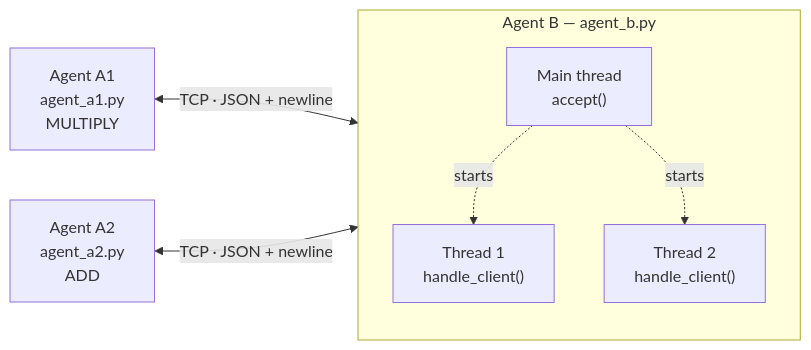
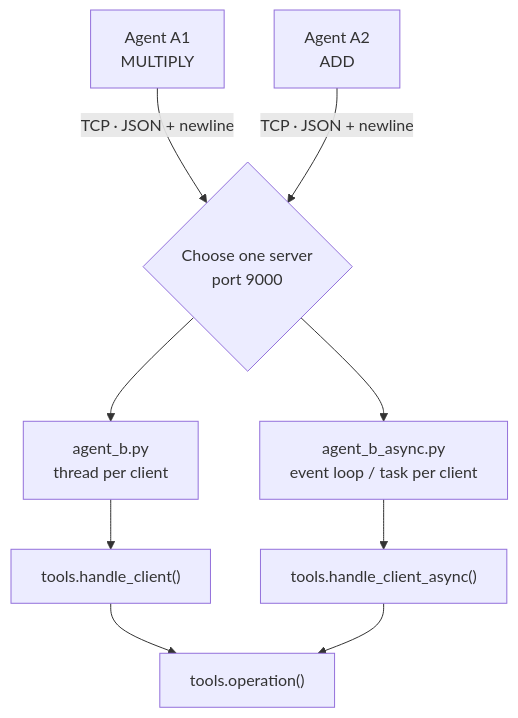
The diagram in agentic-framework-v3/README.md (mehrdadmaleki-labs/agentic-framework-from-first-principles), drawn with Mermaid before and after one commit. The commit also changed other lines of this file and 3 other files, not shown here.

````diff
--- a/agentic-framework-v3/README.md
+++ b/agentic-framework-v3/README.md
@@ -7,10 +7,14 @@
 ```mermaid
-flowchart LR
-    A1["Agent A1<br/>agent_a1.py<br/>MULTIPLY"] <-->|"TCP · JSON + newline"| T1["Thread 1<br/>handle_client()"]
-    A2["Agent A2<br/>agent_a2.py<br/>ADD"] <-->|"TCP · JSON + newline"| T2["Thread 2<br/>handle_client()"]
-    subgraph B["Agent B — agent_b.py"]
-        direction TB
-        S["Main thread<br/>accept()"] -.->|starts| T1
-        S -.->|starts| T2
-    end
+flowchart TB
+    A1["Agent A1<br/>MULTIPLY"]
+    A2["Agent A2<br/>ADD"]
+    A1 -->|"TCP · JSON + newline"| B
+    A2 -->|"TCP · JSON + newline"| B
+    B{"Choose one server<br/>port 9000"}
+    B --> T["agent_b.py<br/>thread per client"]
+    B --> E["agent_b_async.py<br/>event loop / task per client"]
+    T --> H["tools.handle_client()"]
+    E --> AH["tools.handle_client_async()"]
+    H --> O["tools.operation()"]
+    AH --> O
 ```
````
